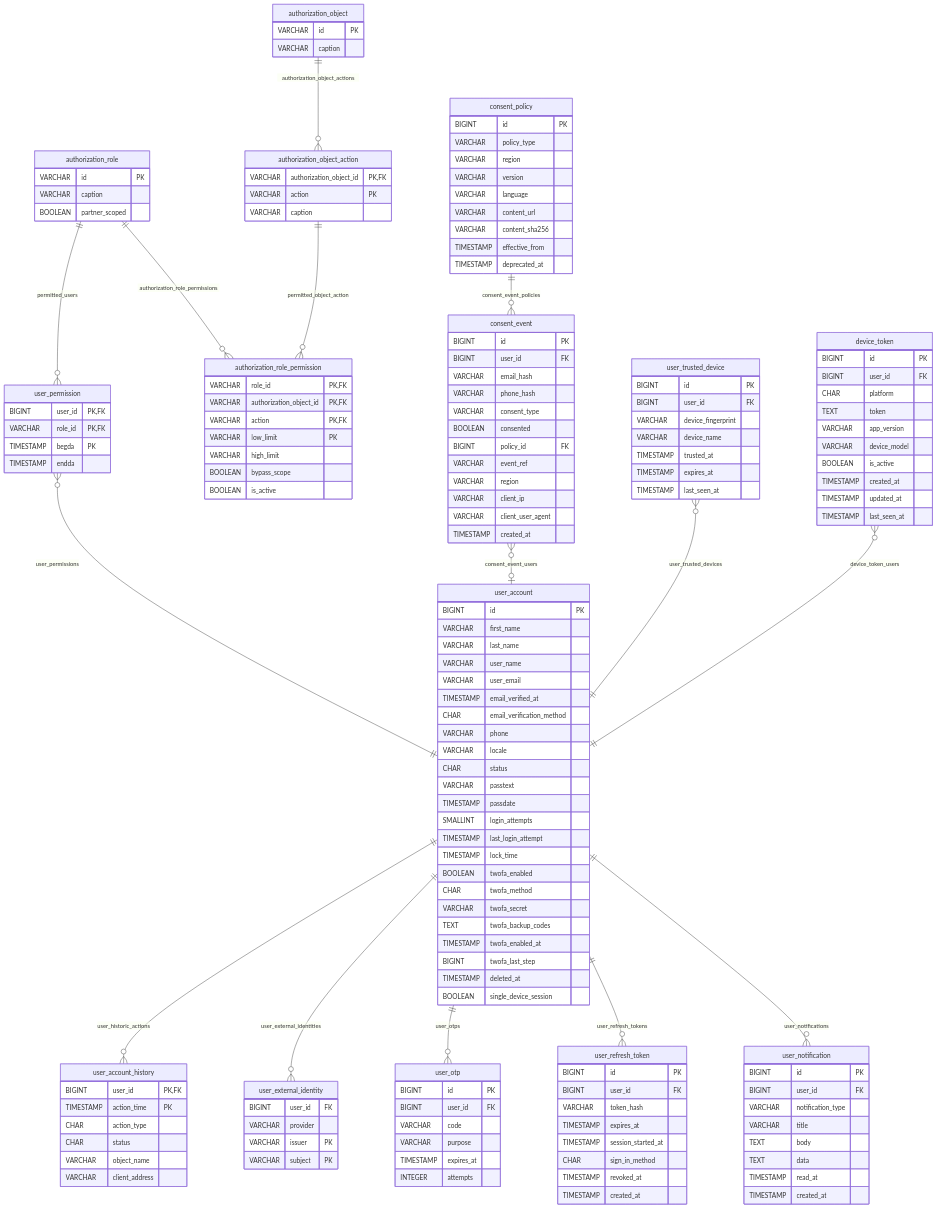
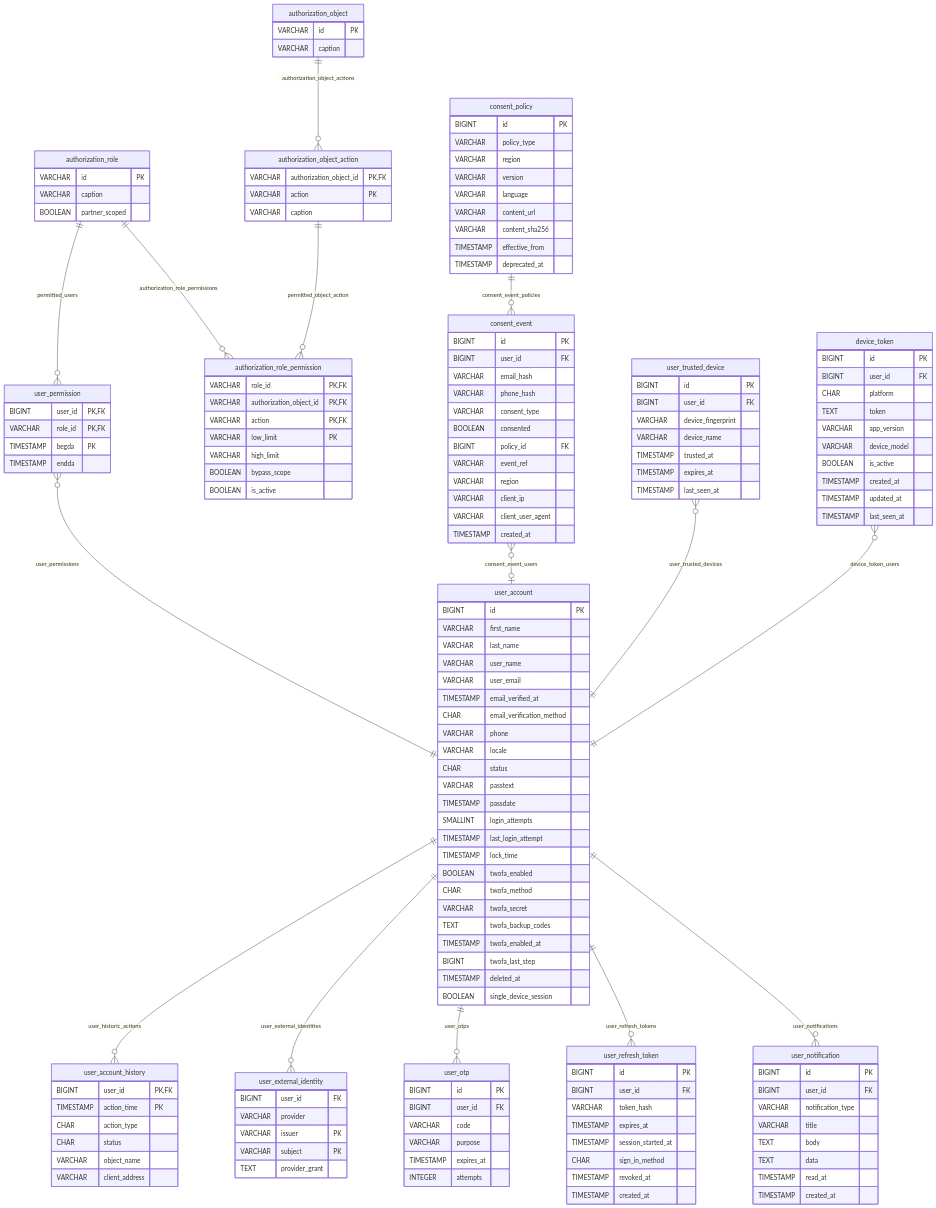
The seventh of 22 diagrams in DB.md (nauticana/keel), drawn with Mermaid before and after one commit. The commit also changed 21 other files, not shown here.

```diff
--- a/DB.md
+++ b/DB.md
@@ -515,6 +515,7 @@
         VARCHAR provider
         VARCHAR issuer PK
         VARCHAR subject PK
+        TEXT provider_grant
     }
     device_token {
         BIGINT id PK
```
